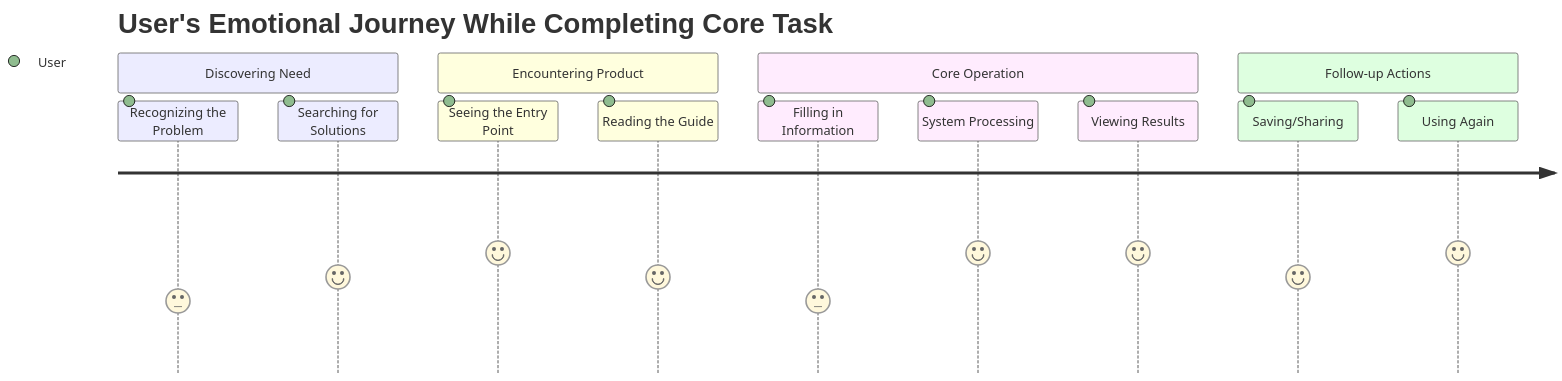
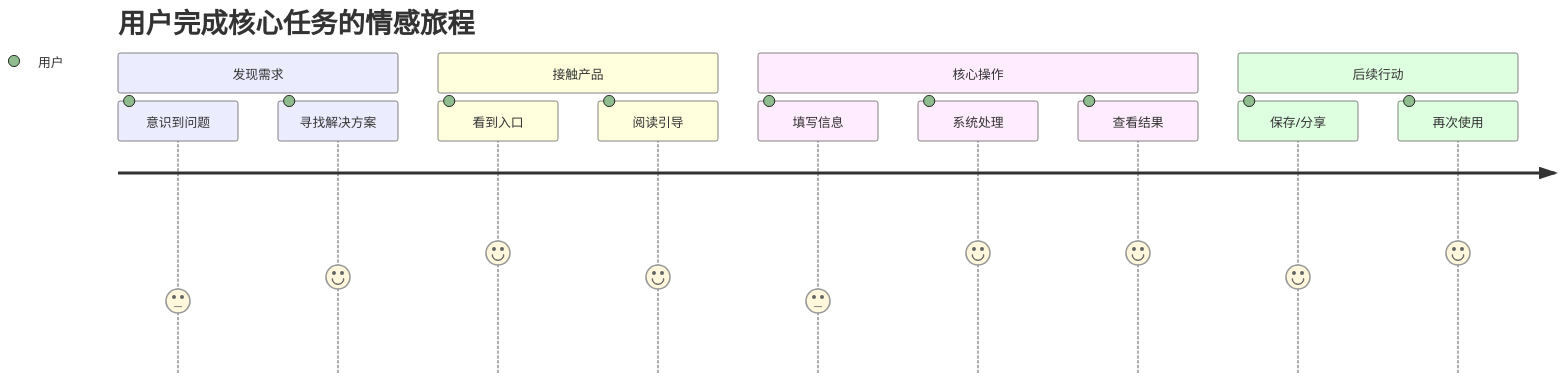
One commit to Kirky-X/cangjie changed the second of 12 diagrams in templates/Product/Product/Template-PRD.md. Above: the diagram before and after it, drawn with Mermaid. The commit also changed other lines of this file and 33 other files, not shown here.

````diff
--- a/templates/Product/Product/Template-PRD.md
+++ b/templates/Product/Product/Template-PRD.md
@@ -110,17 +110,17 @@
 ```mermaid
 journey
-    title User's Emotional Journey While Completing Core Task
-    section Discovering Need
-      Recognizing the Problem: 3: User
-      Searching for Solutions: 4: User
-    section Encountering Product
-      Seeing the Entry Point: 5: User
-      Reading the Guide: 4: User
-    section Core Operation
-      Filling in Information: 3: User
-      System Processing: 5: User
-      Viewing Results: 5: User
-    section Follow-up Actions
-      Saving/Sharing: 4: User
-      Using Again: 5: User
+    title 用户完成核心任务的情感旅程
+    section 发现需求
+      意识到问题: 3: 用户
+      寻找解决方案: 4: 用户
+    section 接触产品
+      看到入口: 5: 用户
+      阅读引导: 4: 用户
+    section 核心操作
+      填写信息: 3: 用户
+      系统处理: 5: 用户
+      查看结果: 5: 用户
+    section 后续行动
+      保存/分享: 4: 用户
+      再次使用: 5: 用户
 ```
````
